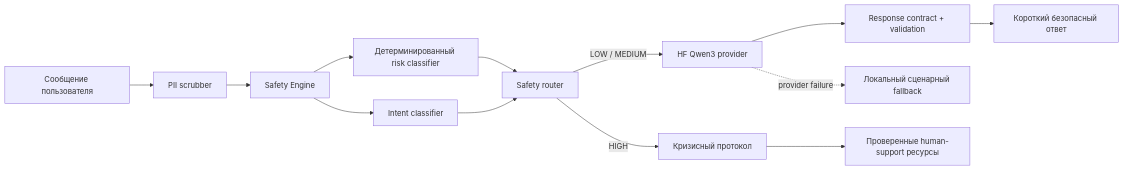
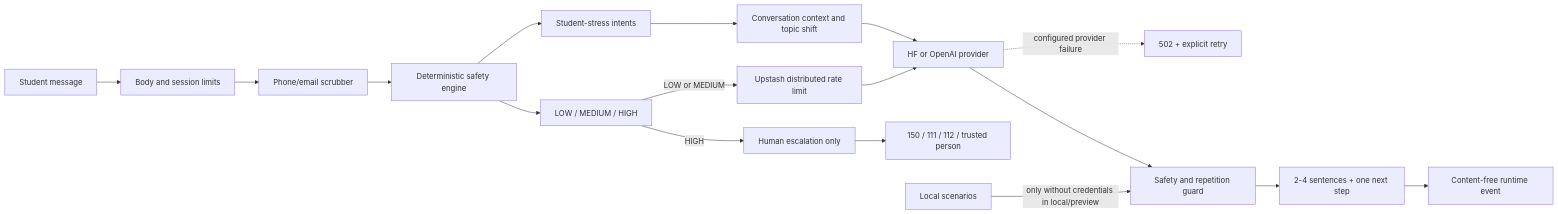
Before and after one commit to azimxxd/firststep: the diagram in README.md, drawn with Mermaid. The commit also changed other lines of this file and 33 other files, not shown here.

````diff
--- a/README.md
+++ b/README.md
@@ -26,15 +42,19 @@
 ```mermaid
 flowchart LR
-  User[Сообщение пользователя] --> PII[PII scrubber]
-  PII --> Safety[Safety Engine]
-  Safety --> Risk[Детерминированный risk classifier]
-  Safety --> Intent[Intent classifier]
-  Risk --> Router[Safety router]
-  Intent --> Router
-  Router -->|LOW / MEDIUM| AI[HF Qwen3 provider]
-  AI --> Guard[Response contract + validation]
-  Guard --> Reply[Короткий безопасный ответ]
-  Router -->|HIGH| Crisis[Кризисный протокол]
-  Crisis --> Human[Проверенные human-support ресурсы]
-  AI -. provider failure .-> Fallback[Локальный сценарный fallback]
+  User[Student message] --> Validate[Body and session limits]
+  Validate --> PII[Phone/email scrubber]
+  PII --> Safety[Deterministic safety engine]
+  Safety --> Risk[LOW / MEDIUM / HIGH]
+  Safety --> Intent[Student-stress intents]
+  Intent --> Context[Conversation context and topic shift]
+  Risk -->|HIGH| Crisis[Human escalation only]
+  Crisis --> Resources[150 / 111 / 112 / trusted person]
+  Risk -->|LOW or MEDIUM| Limit[Upstash distributed rate limit]
+  Limit --> Provider[HF or OpenAI provider]
+  Context --> Provider
+  Provider --> Guard[Safety and repetition guard]
+  Guard --> Reply[2-4 sentences + one next step]
+  Reply --> Logs[Content-free runtime event]
+  Provider -. configured provider failure .-> Retry[502 + explicit retry]
+  Local[Local scenarios] -->|only without credentials in local/preview| Guard
 ```
````
